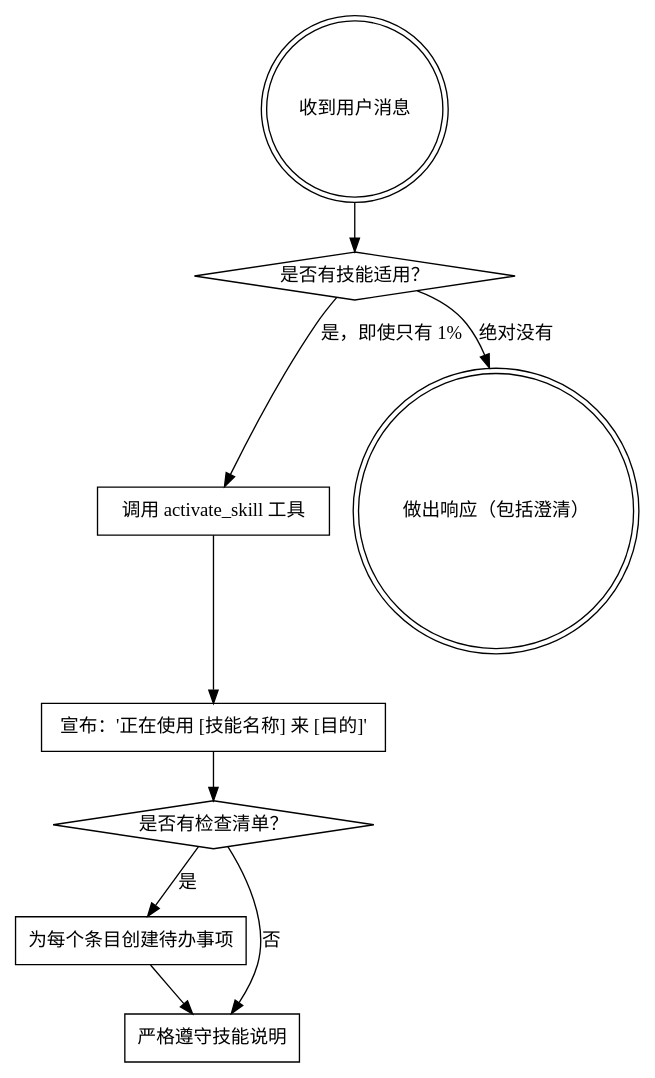
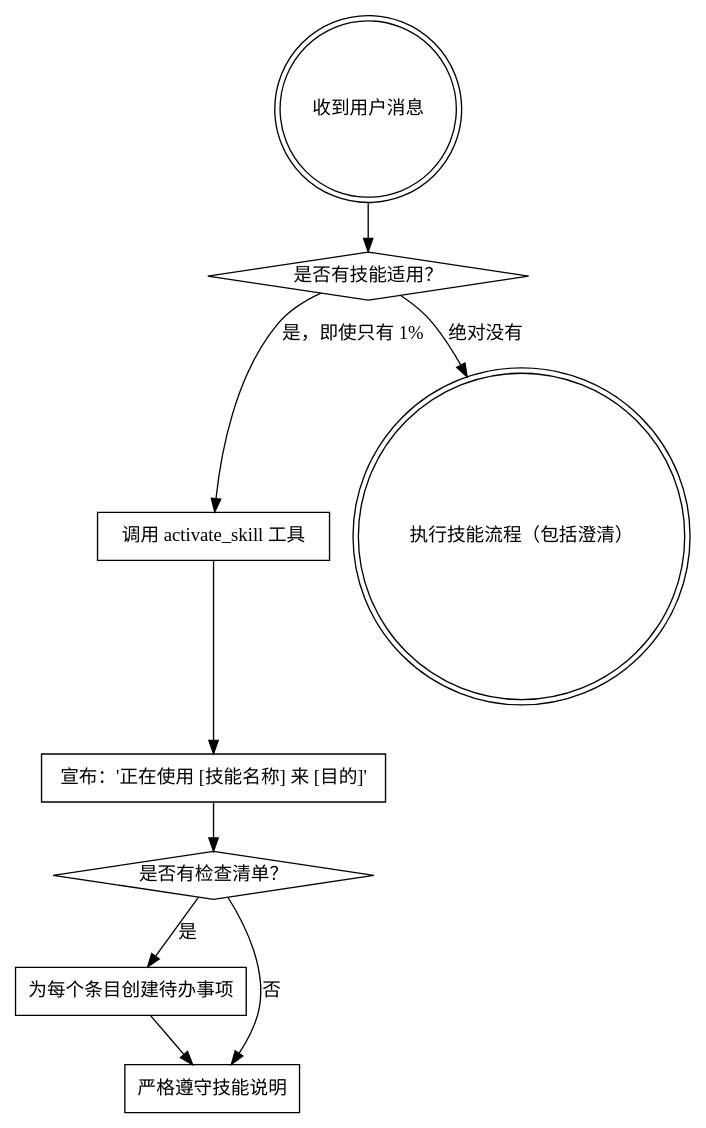
One commit to joeLin2025/superpowers-zh changed the diagram in skills/using-superpowers/SKILL.md. Above: the diagram before and after it, drawn with Graphviz. The commit also changed other lines of this file and 2 other files, not shown here.

````diff
--- a/skills/using-superpowers/SKILL.md
+++ b/skills/using-superpowers/SKILL.md
@@ -48,21 +49,21 @@
 ```dot
 digraph skill_flow {
     "收到用户消息" [shape=doublecircle];
     "是否有技能适用？" [shape=diamond];
     "调用 activate_skill 工具" [shape=box];
     "宣布：'正在使用 [技能名称] 来 [目的]'" [shape=box];
     "是否有检查清单？" [shape=diamond];
     "为每个条目创建待办事项" [shape=box];
     "严格遵守技能说明" [shape=box];
-    "做出响应（包括澄清）" [shape=doublecircle];
+    "执行技能流程（包括澄清）" [shape=doublecircle];
 
     "收到用户消息" -> "是否有技能适用？";
     "是否有技能适用？" -> "调用 activate_skill 工具" [label="是，即使只有 1%"];
-    "是否有技能适用？" -> "做出响应（包括澄清）" [label="绝对没有"];
+    "是否有技能适用？" -> "执行技能流程（包括澄清）" [label="绝对没有"];
     "调用 activate_skill 工具" -> "宣布：'正在使用 [技能名称] 来 [目的]'";
     "宣布：'正在使用 [技能名称] 来 [目的]'" -> "是否有检查清单？";
     "是否有检查清单？" -> "为每个条目创建待办事项" [label="是"];
     "是否有检查清单？" -> "严格遵守技能说明" [label="否"];
     "为每个条目创建待办事项" -> "严格遵守技能说明";
 }
 ```
````
